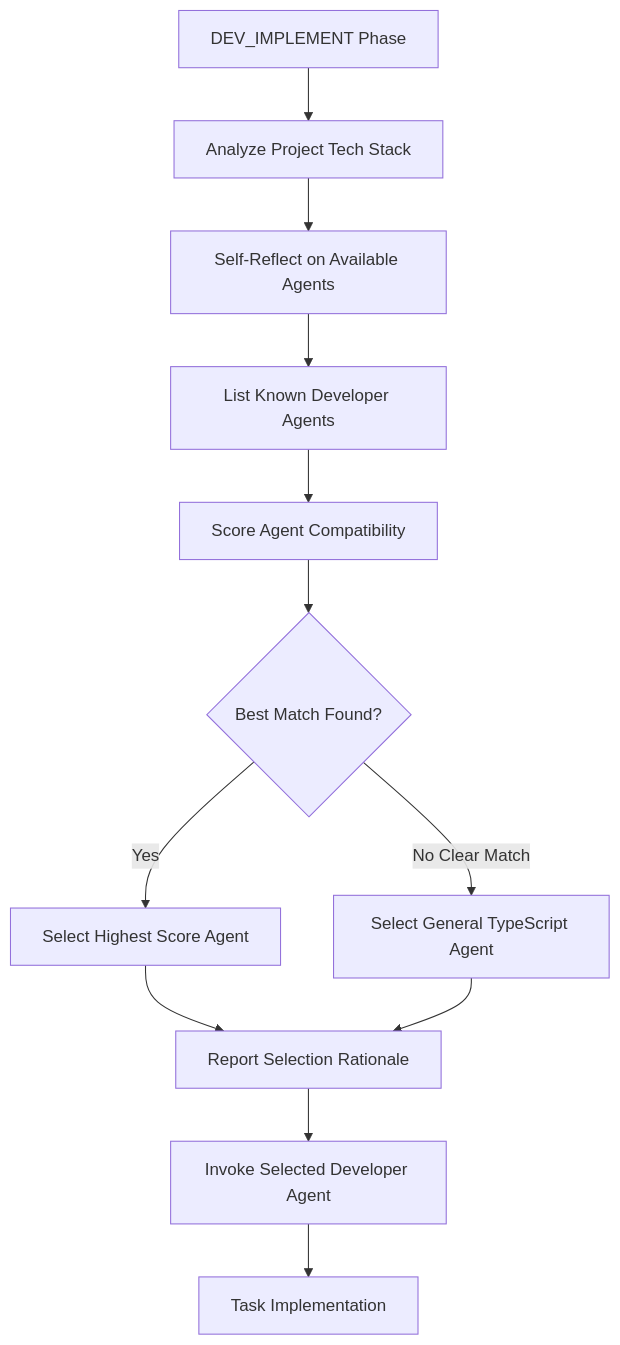
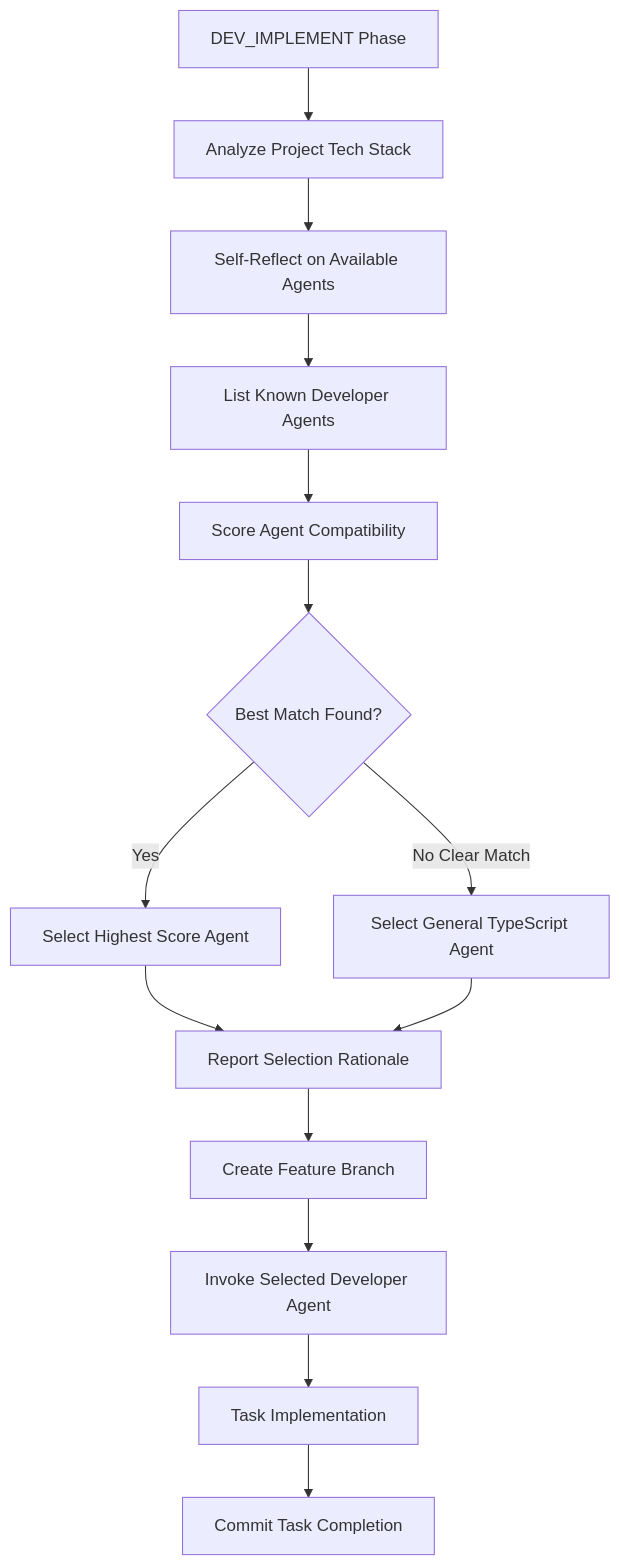
The second of 4 diagrams in README.md (suxxes/resin.ai), drawn with Mermaid before and after one commit. The commit also changed other lines of this file and 1 other file, not shown here.

First line of the commit message:
feat(orchestrator): integrate complete feature branch workflow with /branch and /commit commands

````diff
--- a/README.md
+++ b/README.md
@@ -84,14 +86,16 @@
 ```mermaid
 flowchart TD
     A[DEV_IMPLEMENT Phase] --> B[Analyze Project Tech Stack]
     B --> C[Self-Reflect on Available Agents]
     C --> D[List Known Developer Agents]
     D --> E[Score Agent Compatibility]
     E --> F{Best Match Found?}
     F -->|Yes| G[Select Highest Score Agent]
     F -->|No Clear Match| H[Select General TypeScript Agent]
     G --> I[Report Selection Rationale]
     H --> I
-    I --> J[Invoke Selected Developer Agent]
-    J --> K[Task Implementation]
+    I --> J[Create Feature Branch]
+    J --> K[Invoke Selected Developer Agent]
+    K --> L[Task Implementation]
+    L --> M[Commit Task Completion]
 ```
````
